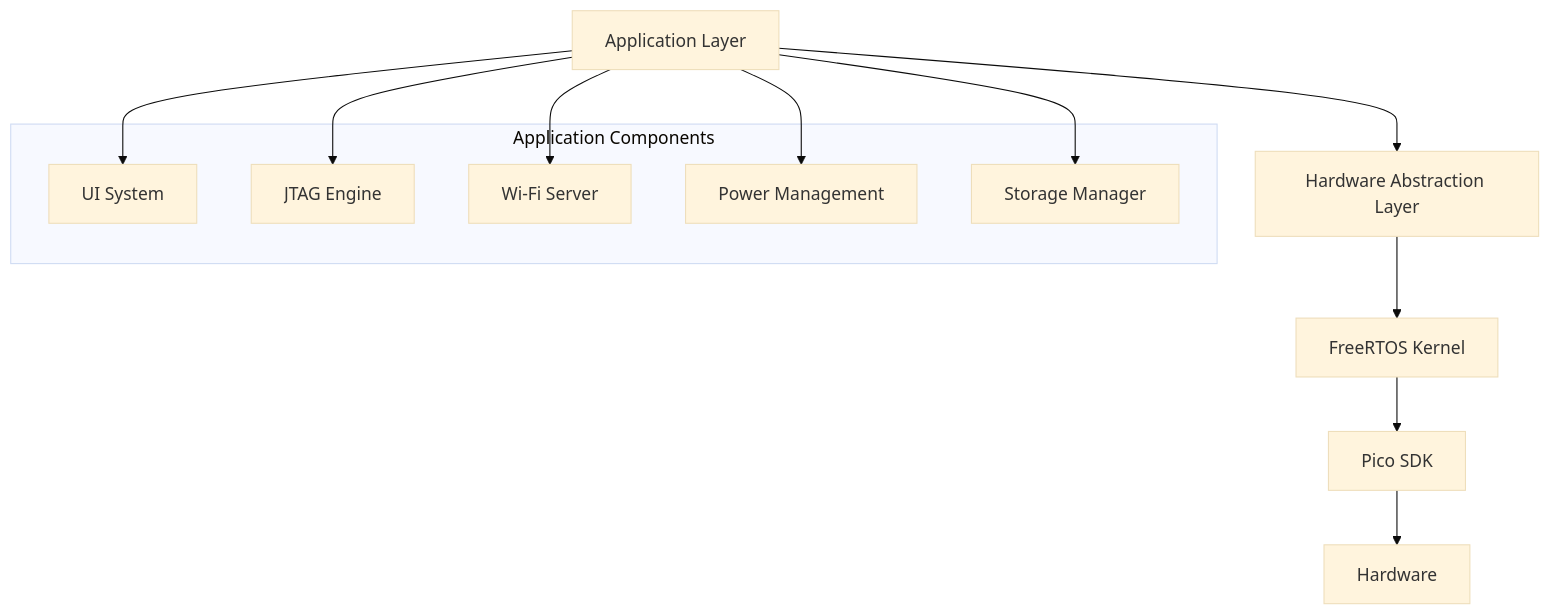
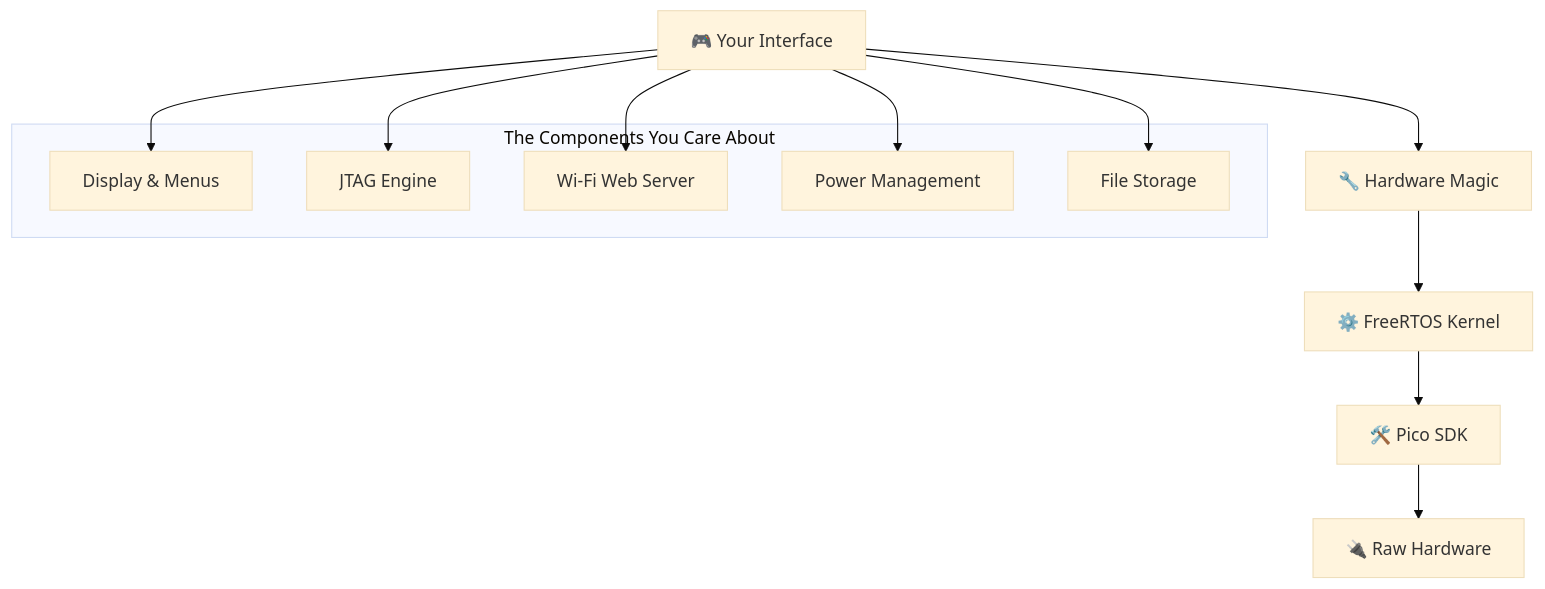
The first of 2 diagrams in docs/software.md (seedon198/KISS), drawn with Mermaid (base theme) before and after one commit. The commit also changed other lines of this file and 6 other files, not shown here.

````diff
--- a/docs/software.md
+++ b/docs/software.md
@@ -11,21 +9,21 @@
 ```{mermaid}
 graph TD
-    A[Application Layer] --> B[Hardware Abstraction Layer]
-    B --> C[FreeRTOS Kernel]
-    C --> D[Pico SDK]
-    D --> E[Hardware]
+    A[🎮 Your Interface] --> B[🔧 Hardware Magic]
+    B --> C[⚙️ FreeRTOS Kernel]
+    C --> D[🛠️ Pico SDK]
+    D --> E[🔌 Raw Hardware]
     
-    subgraph "Application Components"
-        F[UI System]
+    subgraph "The Components You Care About"
+        F[Display & Menus]
         G[JTAG Engine]
-        H[Wi-Fi Server]
+        H[Wi-Fi Web Server]
         I[Power Management]
-        J[Storage Manager]
+        J[File Storage]
     end
     
     A --> F
     A --> G
     A --> H
     A --> I
     A --> J
 ```
````
